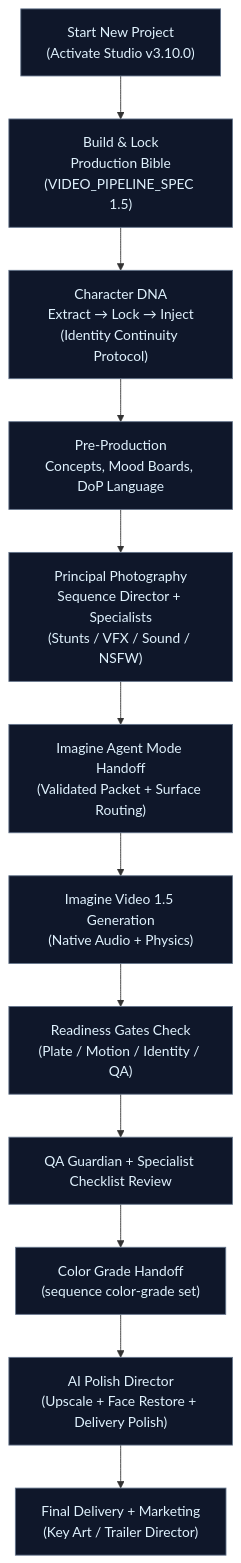
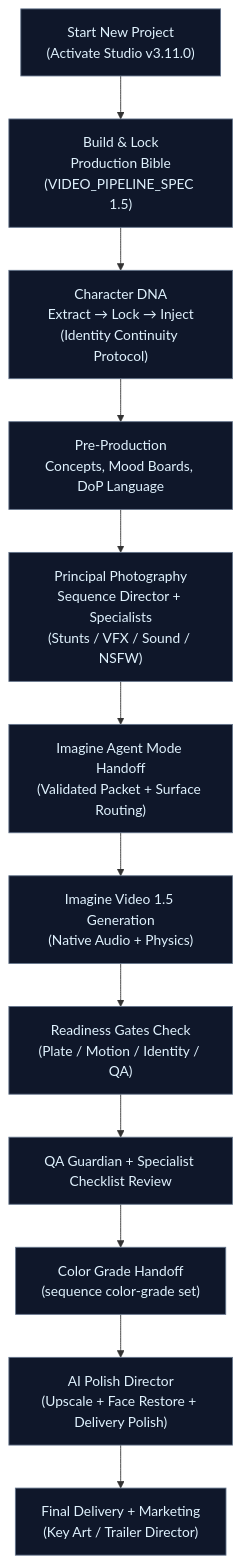
Before and after one commit to FineComputer14451/Grok-Imagine-Cinematic-Studio: the second of 2 diagrams in README.md, drawn with Mermaid. The commit also changed other lines of this file and 220 other files, not shown here.

First line of the commit message:
feat(stack): lock Grok 4.6 + Grok Build 1.0.5 (v3.11.0)

````diff
--- a/README.md
+++ b/README.md
@@ -159,17 +166,17 @@
 ```mermaid
 flowchart TD
-    Start["Start New Project<br/>(Activate Studio v3.10.0)"] --> Bible["Build & Lock<br/>Production Bible<br/>(VIDEO_PIPELINE_SPEC 1.5)"]
+    Start["Start New Project<br/>(Activate Studio v3.11.0)"] --> Bible["Build & Lock<br/>Production Bible<br/>(VIDEO_PIPELINE_SPEC 1.5)"]
     Bible --> DNA["Character DNA<br/>Extract → Lock → Inject<br/>(Identity Continuity Protocol)"]
     DNA --> PreProd["Pre-Production<br/>Concepts, Mood Boards, DoP Language"]
     PreProd --> Principal["Principal Photography<br/>Sequence Director + Specialists<br/>(Stunts / VFX / Sound / NSFW)"]
     Principal --> Handoff["Imagine Agent Mode Handoff<br/>(Validated Packet + Surface Routing)"]
     Handoff --> Generate["Imagine Video 1.5 Generation<br/>(Native Audio + Physics)"]
     Generate --> Gates["Readiness Gates Check<br/>(Plate / Motion / Identity / QA)"]
     Gates --> Review["QA Guardian + Specialist Checklist Review"]
     Review --> Color["Color Grade Handoff<br/>(sequence color-grade set)"]
     Color --> Polish["AI Polish Director<br/>(Upscale + Face Restore + Delivery Polish)"]
     Polish --> Deliver["Final Delivery + Marketing<br/>(Key Art / Trailer Director)"]
 
     classDef step fill:#0f172a,stroke:#64748b,color:#e0f2fe
     class Start,Bible,DNA,PreProd,Principal,Handoff,Generate,Gates,Review,Color,Polish,Deliver step
 ```
````
